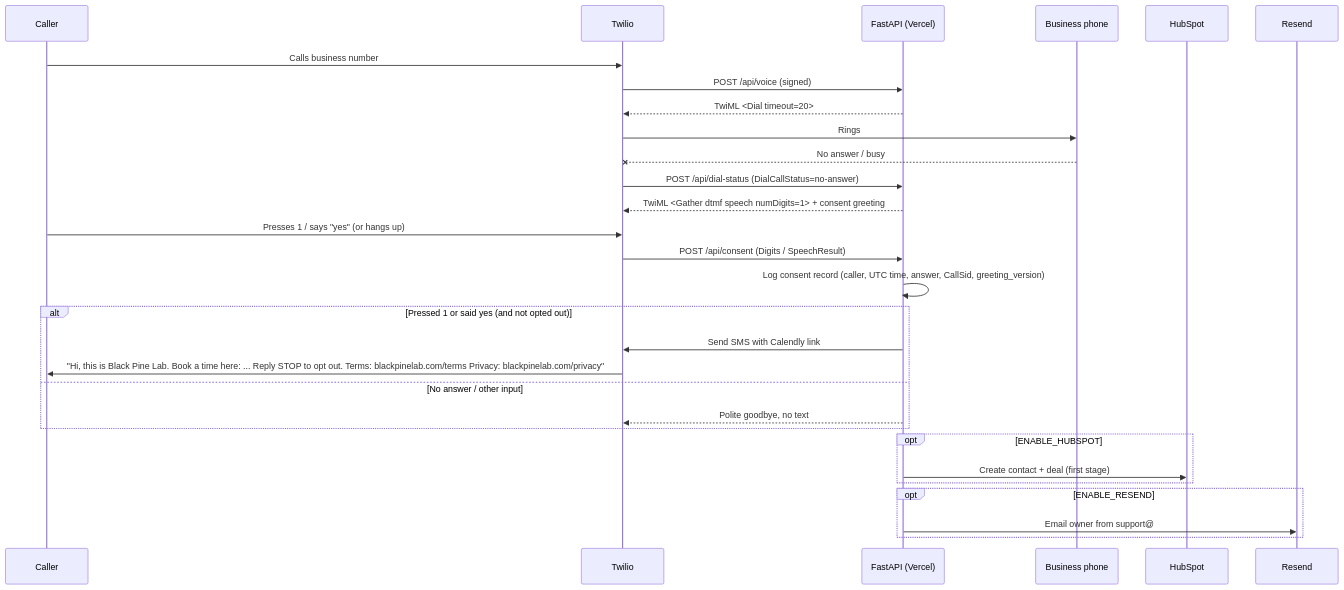
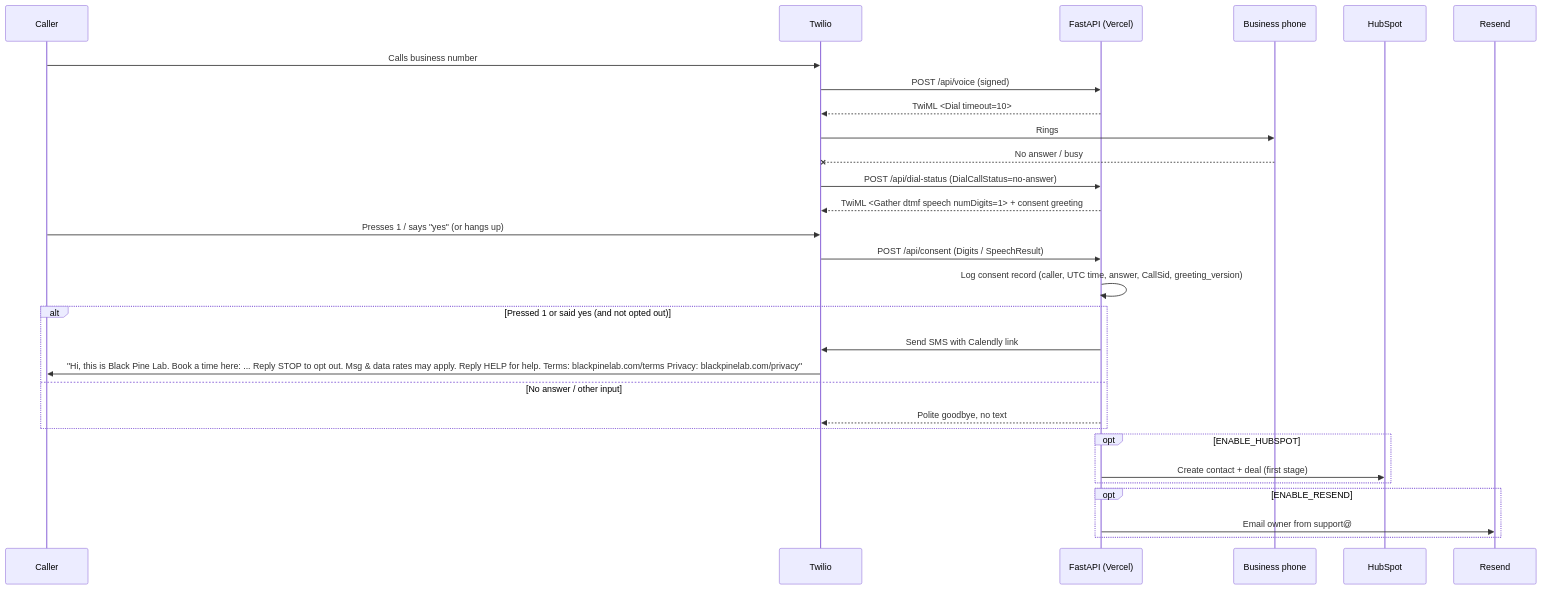
Before and after one commit to silasblackpine/missed-call-agent-demo: the diagram in README.md, drawn with Mermaid. The commit also changed other lines of this file and 4 other files, not shown here.

````diff
--- a/README.md
+++ b/README.md
@@ -9,31 +9,31 @@
 ```mermaid
 sequenceDiagram
     participant Caller
     participant Twilio
     participant App as FastAPI (Vercel)
     participant Phone as Business phone
     participant HubSpot
     participant Resend
     Caller->>Twilio: Calls business number
     Twilio->>App: POST /api/voice (signed)
-    App-->>Twilio: TwiML <Dial timeout=20>
+    App-->>Twilio: TwiML <Dial timeout=10>
     Twilio->>Phone: Rings
     Phone--xTwilio: No answer / busy
     Twilio->>App: POST /api/dial-status (DialCallStatus=no-answer)
     App-->>Twilio: TwiML <Gather dtmf speech numDigits=1> + consent greeting
     Caller->>Twilio: Presses 1 / says "yes" (or hangs up)
     Twilio->>App: POST /api/consent (Digits / SpeechResult)
     App->>App: Log consent record (caller, UTC time, answer, CallSid, greeting_version)
     alt Pressed 1 or said yes (and not opted out)
         App->>Twilio: Send SMS with Calendly link
-        Twilio->>Caller: "Hi, this is Black Pine Lab. Book a time here: ... Reply STOP to opt out. Terms: blackpinelab.com/terms Privacy: blackpinelab.com/privacy"
+        Twilio->>Caller: "Hi, this is Black Pine Lab. Book a time here: ... Reply STOP to opt out. Msg & data rates may apply. Reply HELP for help. Terms: blackpinelab.com/terms Privacy: blackpinelab.com/privacy"
     else No answer / other input
         App-->>Twilio: Polite goodbye, no text
     end
     opt ENABLE_HUBSPOT
         App->>HubSpot: Create contact + deal (first stage)
     end
     opt ENABLE_RESEND
         App->>Resend: Email owner from support@
     end
 ```
````
